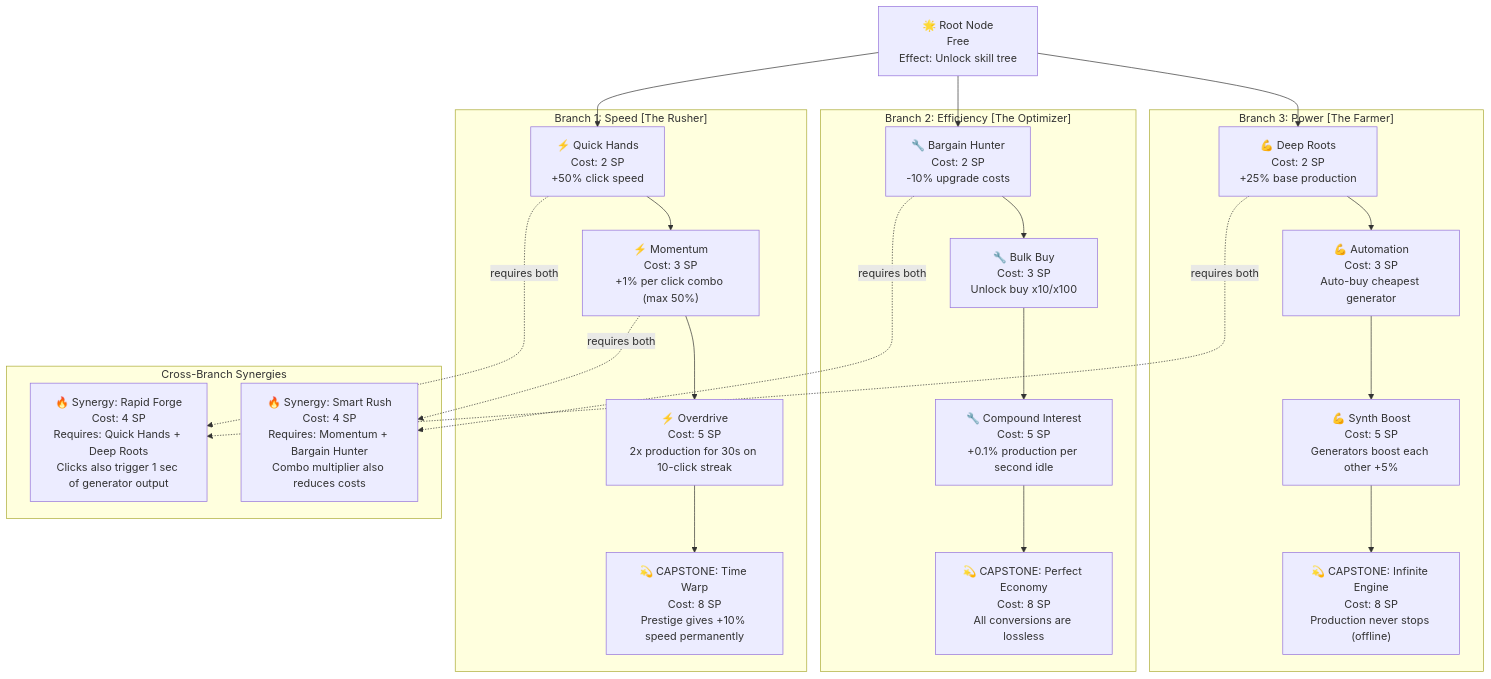
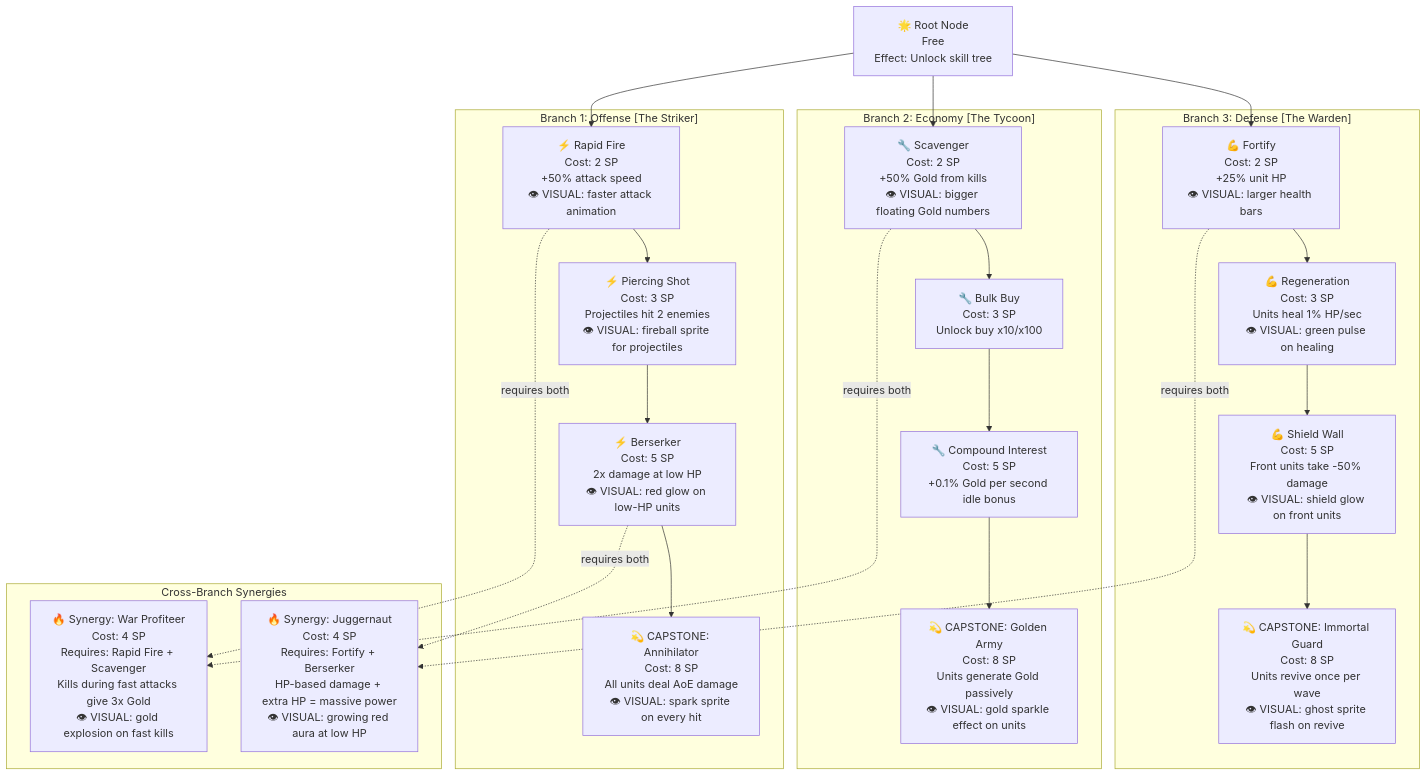
One commit to J-Gierend/gamePocGen changed the first of 3 diagrams in prompts/phase2-gdd/skill-tree.md. Above: the diagram before and after it, drawn with Mermaid. The commit also changed other lines of this file and 9 other files, not shown here.

````diff
--- a/prompts/phase2-gdd/skill-tree.md
+++ b/prompts/phase2-gdd/skill-tree.md
@@ -49,36 +53,36 @@
 ```mermaid
 graph TD
     Root["🌟 Root Node\nFree\nEffect: Unlock skill tree"]
 
-    subgraph "Branch 1: Speed [The Rusher]"
-        B1_1["⚡ Quick Hands\nCost: 2 SP\n+50% click speed"]
-        B1_2["⚡ Momentum\nCost: 3 SP\n+1% per click combo (max 50%)"]
-        B1_3["⚡ Overdrive\nCost: 5 SP\n2x production for 30s on 10-click streak"]
-        B1_C["💫 CAPSTONE: Time Warp\nCost: 8 SP\nPrestige gives +10% speed permanently"]
+    subgraph "Branch 1: Offense [The Striker]"
+        B1_1["⚡ Rapid Fire\nCost: 2 SP\n+50% attack speed\n👁 VISUAL: faster attack animation"]
+        B1_2["⚡ Piercing Shot\nCost: 3 SP\nProjectiles hit 2 enemies\n👁 VISUAL: fireball sprite for projectiles"]
+        B1_3["⚡ Berserker\nCost: 5 SP\n2x damage at low HP\n👁 VISUAL: red glow on low-HP units"]
+        B1_C["💫 CAPSTONE: Annihilator\nCost: 8 SP\nAll units deal AoE damage\n👁 VISUAL: spark sprite on every hit"]
     end
 
-    subgraph "Branch 2: Efficiency [The Optimizer]"
-        B2_1["🔧 Bargain Hunter\nCost: 2 SP\n-10% upgrade costs"]
+    subgraph "Branch 2: Economy [The Tycoon]"
+        B2_1["🔧 Scavenger\nCost: 2 SP\n+50% Gold from kills\n👁 VISUAL: bigger floating Gold numbers"]
         B2_2["🔧 Bulk Buy\nCost: 3 SP\nUnlock buy x10/x100"]
-        B2_3["🔧 Compound Interest\nCost: 5 SP\n+0.1% production per second idle"]
-        B2_C["💫 CAPSTONE: Perfect Economy\nCost: 8 SP\nAll conversions are lossless"]
+        B2_3["🔧 Compound Interest\nCost: 5 SP\n+0.1% Gold per second idle bonus"]
+        B2_C["💫 CAPSTONE: Golden Army\nCost: 8 SP\nUnits generate Gold passively\n👁 VISUAL: gold sparkle effect on units"]
     end
 
-    subgraph "Branch 3: Power [The Farmer]"
-        B3_1["💪 Deep Roots\nCost: 2 SP\n+25% base production"]
-        B3_2["💪 Automation\nCost: 3 SP\nAuto-buy cheapest generator"]
-        B3_3["💪 Synth Boost\nCost: 5 SP\nGenerators boost each other +5%"]
-        B3_C["💫 CAPSTONE: Infinite Engine\nCost: 8 SP\nProduction never stops (offline)"]
+    subgraph "Branch 3: Defense [The Warden]"
+        B3_1["💪 Fortify\nCost: 2 SP\n+25% unit HP\n👁 VISUAL: larger health bars"]
+        B3_2["💪 Regeneration\nCost: 3 SP\nUnits heal 1% HP/sec\n👁 VISUAL: green pulse on healing"]
+        B3_3["💪 Shield Wall\nCost: 5 SP\nFront units take -50% damage\n👁 VISUAL: shield glow on front units"]
+        B3_C["💫 CAPSTONE: Immortal Guard\nCost: 8 SP\nUnits revive once per wave\n👁 VISUAL: ghost sprite flash on revive"]
     end
 
     subgraph "Cross-Branch Synergies"
-        X1["🔥 Synergy: Rapid Forge\nCost: 4 SP\nRequires: Quick Hands + Deep Roots\nClicks also trigger 1 sec of generator output"]
-        X2["🔥 Synergy: Smart Rush\nCost: 4 SP\nRequires: Momentum + Bargain Hunter\nCombo multiplier also reduces costs"]
+        X1["🔥 Synergy: War Profiteer\nCost: 4 SP\nRequires: Rapid Fire + Scavenger\nKills during fast attacks give 3x Gold\n👁 VISUAL: gold explosion on fast kills"]
+        X2["🔥 Synergy: Juggernaut\nCost: 4 SP\nRequires: Fortify + Berserker\nHP-based damage + extra HP = massive power\n👁 VISUAL: growing red aura at low HP"]
     end
 
     Root --> B1_1 --> B1_2 --> B1_3 --> B1_C
     Root --> B2_1 --> B2_2 --> B2_3 --> B2_C
     Root --> B3_1 --> B3_2 --> B3_3 --> B3_C
-    B1_1 & B3_1 -.->|"requires both"| X1
-    B1_2 & B2_1 -.->|"requires both"| X2
+    B1_1 & B2_1 -.->|"requires both"| X1
+    B3_1 & B1_3 -.->|"requires both"| X2
 ```
````
